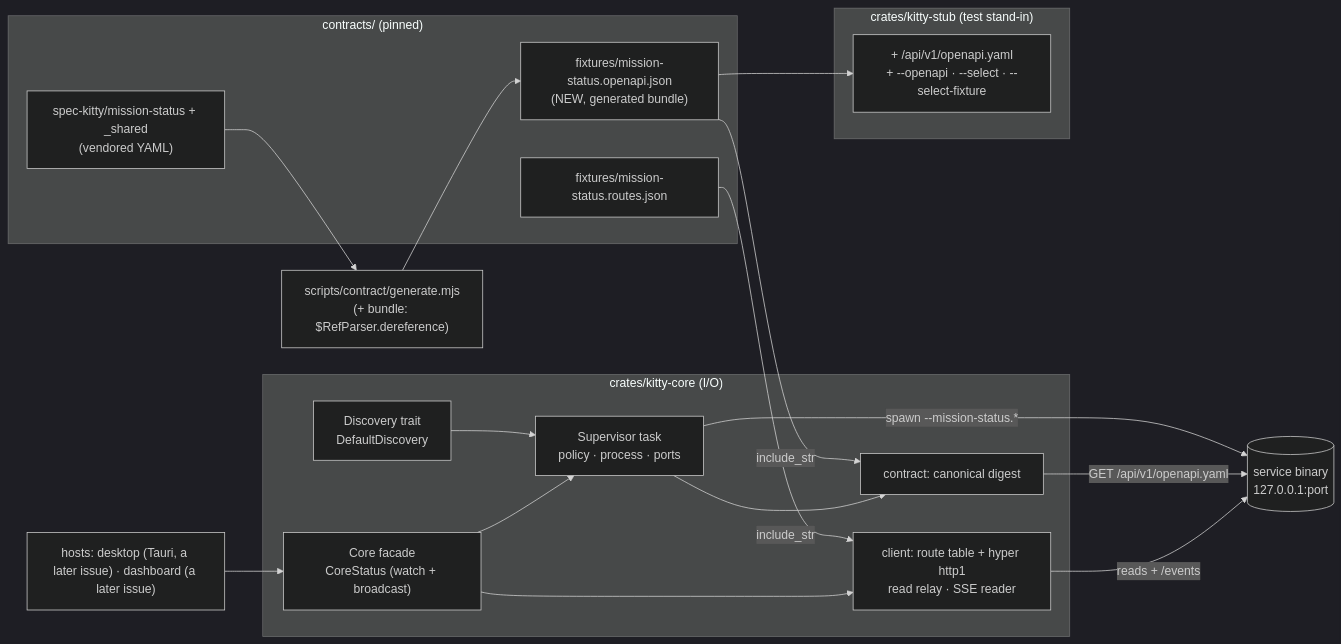
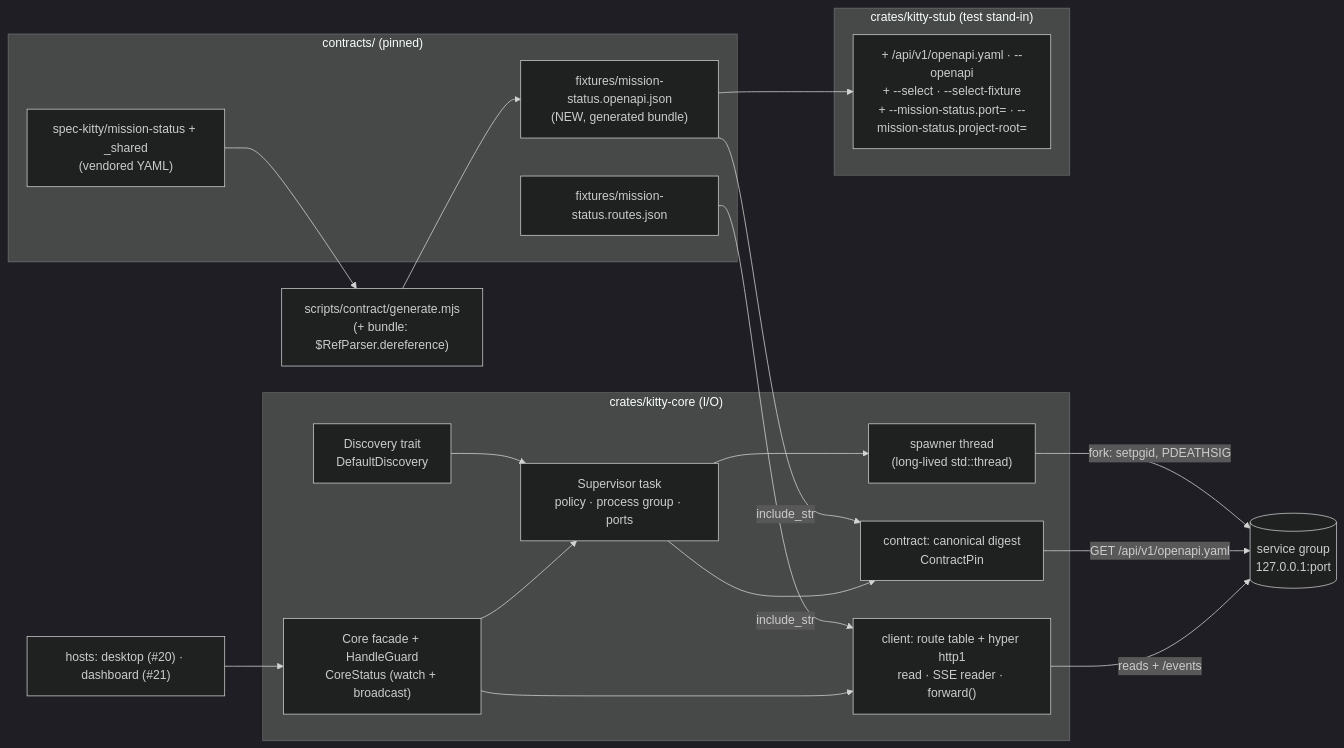
Before and after one commit to MOES-Media/kitty-mission-ui: the first of 2 diagrams in kitty-specs/kitty-core-01M50D10/plan.md, drawn with Mermaid (dark theme). The commit also changed other lines of this file and 13 other files, not shown here.

First line of the commit message:
Fold the plan-squad round 1 into mission kitty-core-01M50D10

````diff
--- a/kitty-specs/kitty-core-01M50D10/plan.md
+++ b/kitty-specs/kitty-core-01M50D10/plan.md
@@ -90,31 +135,33 @@
 ```mermaid
 flowchart LR
   subgraph pin["contracts/ (pinned)"]
     V["spec-kitty/mission-status + _shared<br/>(vendored YAML)"]
     R["fixtures/mission-status.routes.json"]
     B["fixtures/mission-status.openapi.json<br/>(NEW, generated bundle)"]
   end
   GEN["scripts/contract/generate.mjs<br/>(+ bundle: $RefParser.dereference)"] --> B
   V --> GEN
   subgraph core["crates/kitty-core (I/O)"]
     DISC[Discovery trait<br/>DefaultDiscovery]
-    SUP["Supervisor task<br/>policy · process · ports"]
-    DIG["contract: canonical digest"]
-    CLI["client: route table + hyper http1<br/>read relay · SSE reader"]
-    FAC["Core facade<br/>CoreStatus (watch + broadcast)"]
+    SPAWN["spawner thread<br/>(long-lived std::thread)"]
+    SUP["Supervisor task<br/>policy · process group · ports"]
+    DIG["contract: canonical digest<br/>ContractPin"]
+    CLI["client: route table + hyper http1<br/>read · SSE reader · forward()"]
+    FAC["Core facade + HandleGuard<br/>CoreStatus (watch + broadcast)"]
   end
   R -- include_str --> CLI
   B -- include_str --> DIG
   DISC --> SUP
-  SUP -- "spawn --mission-status.*" --> SVC[(service binary<br/>127.0.0.1:port)]
+  SUP --> SPAWN
+  SPAWN -- "fork: setpgid, PDEATHSIG" --> SVC[(service group<br/>127.0.0.1:port)]
   SUP --> DIG
   DIG -- "GET /api/v1/openapi.yaml" --> SVC
   CLI -- "reads + /events" --> SVC
   FAC --> SUP
   FAC --> CLI
-  HOST["hosts: desktop (Tauri, a later issue) · dashboard (a later issue)"] --> FAC
+  HOST["hosts: desktop (#20) · dashboard (#21)"] --> FAC
   subgraph stub["crates/kitty-stub (test stand-in)"]
-    ST["+ /api/v1/openapi.yaml<br/>+ --openapi · --select · --select-fixture"]
+    ST["+ /api/v1/openapi.yaml · --openapi<br/>+ --select · --select-fixture<br/>+ --mission-status.port= · --mission-status.project-root="]
   end
   B --> ST
 ```
````
